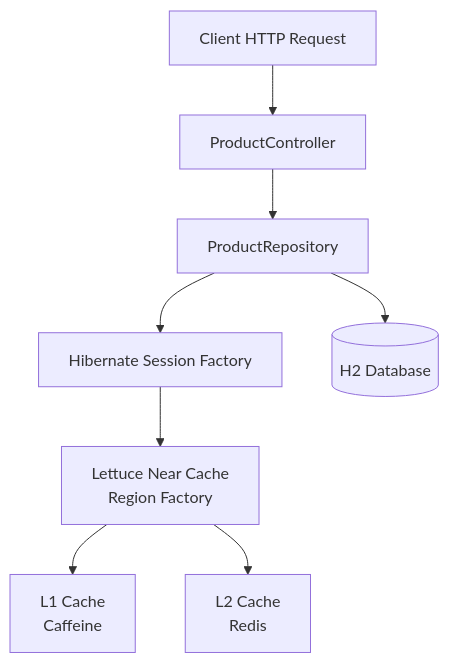
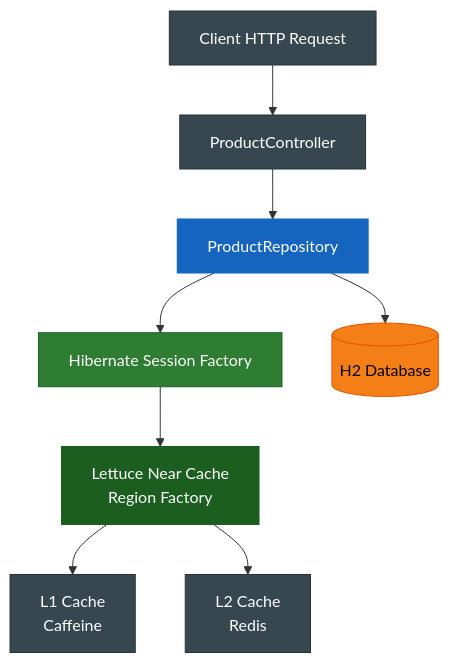
Before and after one commit to bluetape4k/bluetape4k-projects: the second of 2 diagrams in spring-boot3/hibernate-lettuce-demo/README.ko.md, drawn with Mermaid. The commit also changed other lines of this file and 221 other files, not shown here.

First line of the commit message:
docs: 전체 모듈 README UML 다이어그램 보강 및 색상 업그레이드

````diff
--- a/spring-boot3/hibernate-lettuce-demo/README.ko.md
+++ b/spring-boot3/hibernate-lettuce-demo/README.ko.md
@@ -80,16 +86,31 @@
 ```mermaid
 flowchart TD
     Client["Client HTTP Request"]
     Controller["ProductController"]
     Repo["ProductRepository"]
     Hibernate["Hibernate Session Factory"]
     RegionFactory["Lettuce Near Cache<br/>Region Factory"]
     L1["L1 Cache<br/>Caffeine"]
     L2["L2 Cache<br/>Redis"]
     DB[("H2 Database")]
 
     Client --> Controller --> Repo --> Hibernate --> RegionFactory
     RegionFactory --> L1
     RegionFactory --> L2
     Repo --> DB
+
+    classDef extStyle fill:#37474F,stroke:#263238,color:#FFFFFF
+    classDef serviceStyle fill:#1565C0,stroke:#1565C0,color:#FFFFFF
+    classDef coreStyle fill:#1B5E20,stroke:#1B5E20,color:#FFFFFF
+    classDef springStyle fill:#2E7D32,stroke:#1B5E20,color:#FFFFFF
+    classDef dataStyle fill:#F57F17,stroke:#E65100,color:#000000
+
+    class Client extStyle
+    class Controller extStyle
+    class Repo serviceStyle
+    class Hibernate springStyle
+    class RegionFactory coreStyle
+    class L1 extStyle
+    class L2 extStyle
+    class DB dataStyle
 ```
````
